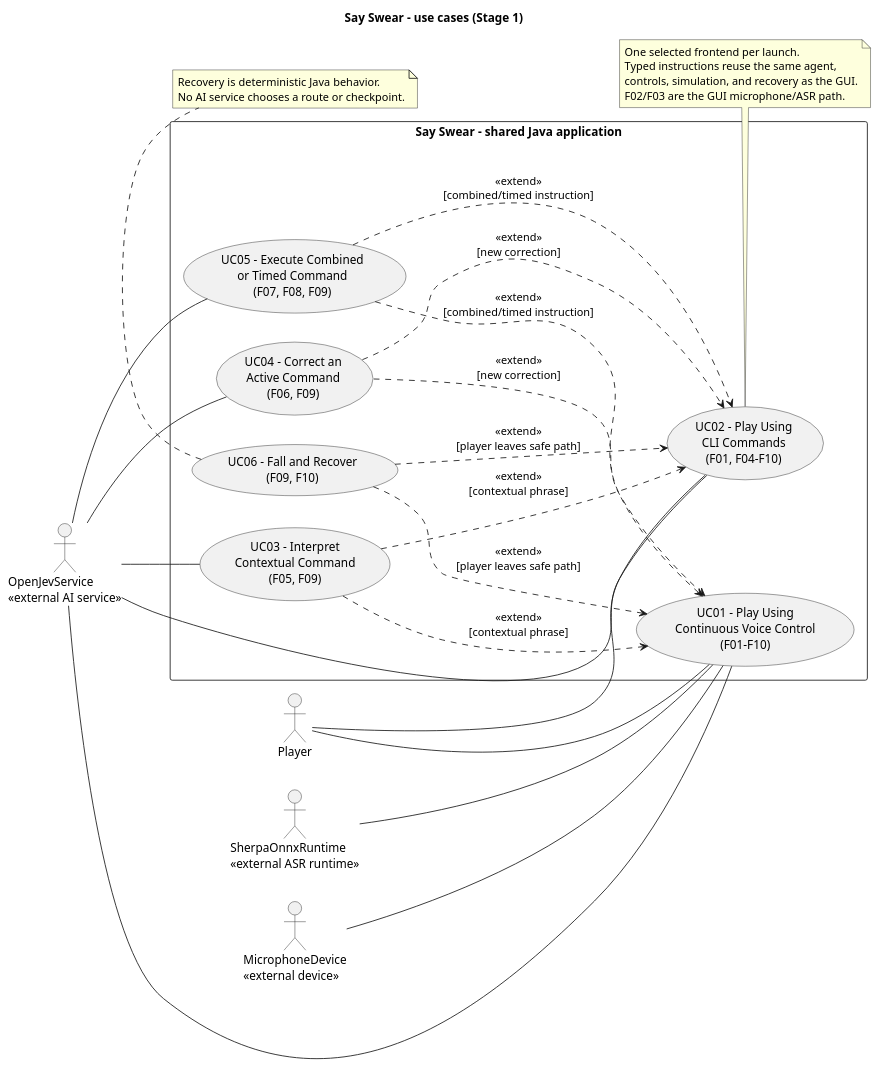
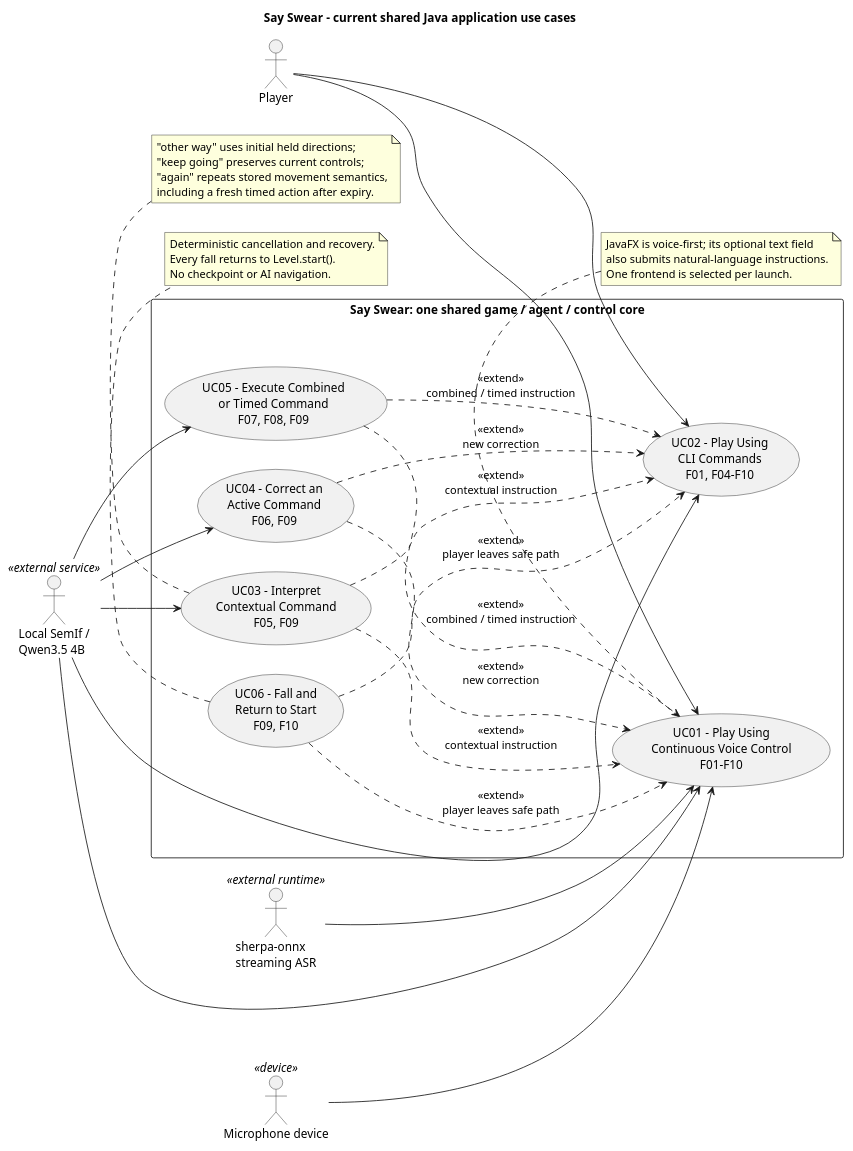
Before and after one commit to rizfol/say-swear: the diagram in docs/uml/use-case-diagram.puml, drawn with PlantUML. The commit also changed 27 other files, not shown here.

Commit message:
Update current UML diagrams and preserve Stage 1 originals

```diff
--- a/docs/uml/use-case-diagram.puml
+++ b/docs/uml/use-case-diagram.puml
@@ -1,50 +1,56 @@
 @startuml
-title Say Swear - use cases (Stage 1)
+title Say Swear - current shared Java application use cases
 left to right direction
+skinparam defaultFontName Arial
+skinparam shadowing false
 skinparam packageStyle rectangle
+actor Player
+actor "Microphone device" as Mic <<device>>
+actor "sherpa-onnx\nstreaming ASR" as ASR <<external runtime>>
+actor "Local SemIf /\nQwen3.5 4B" as Model <<external service>>
 
-actor "Player" as human
-actor "MicrophoneDevice\n<<external device>>" as mic
-actor "SherpaOnnxRuntime\n<<external ASR runtime>>" as asr
-actor "OpenJevService\n<<external AI service>>" as ai
-
-rectangle "Say Swear - shared Java application" {
-  usecase "UC01 - Play Using\nContinuous Voice Control\n(F01-F10)" as UC01
-  usecase "UC02 - Play Using\nCLI Commands\n(F01, F04-F10)" as UC02
-  usecase "UC03 - Interpret\nContextual Command\n(F05, F09)" as UC03
-  usecase "UC04 - Correct an\nActive Command\n(F06, F09)" as UC04
-  usecase "UC05 - Execute Combined\nor Timed Command\n(F07, F08, F09)" as UC05
-  usecase "UC06 - Fall and Recover\n(F09, F10)" as UC06
-
-  UC03 ..> UC01 : <<extend>>\n[contextual phrase]
-  UC03 ..> UC02 : <<extend>>\n[contextual phrase]
-  UC04 ..> UC01 : <<extend>>\n[new correction]
-  UC04 ..> UC02 : <<extend>>\n[new correction]
-  UC05 ..> UC01 : <<extend>>\n[combined/timed instruction]
-  UC05 ..> UC02 : <<extend>>\n[combined/timed instruction]
-  UC06 ..> UC01 : <<extend>>\n[player leaves safe path]
-  UC06 ..> UC02 : <<extend>>\n[player leaves safe path]
+rectangle "Say Swear: one shared game / agent / control core" {
+  usecase "UC01 - Play Using\nContinuous Voice Control\nF01-F10" as UC01
+  usecase "UC02 - Play Using\nCLI Commands\nF01, F04-F10" as UC02
+  usecase "UC03 - Interpret\nContextual Command\nF05, F09" as UC03
+  usecase "UC04 - Correct an\nActive Command\nF06, F09" as UC04
+  usecase "UC05 - Execute Combined\nor Timed Command\nF07, F08, F09" as UC05
+  usecase "UC06 - Fall and\nReturn to Start\nF09, F10" as UC06
 }
 
-human -- UC01
-human -- UC02
-mic -- UC01
-asr -- UC01
-ai -- UC01
-ai -- UC02
-ai -- UC03
-ai -- UC04
-ai -- UC05
+Player --> UC01
+Player --> UC02
+Mic --> UC01
+ASR --> UC01
+Model --> UC01
+Model --> UC02
+Model --> UC03
+Model --> UC04
+Model --> UC05
 
-note bottom of UC02
-  One selected frontend per launch.
-  Typed instructions reuse the same agent,
-  controls, simulation, and recovery as the GUI.
-  F02/F03 are the GUI microphone/ASR path.
+UC03 ..> UC01 : <<extend>>\ncontextual instruction
+UC03 ..> UC02 : <<extend>>\ncontextual instruction
+UC04 ..> UC01 : <<extend>>\nnew correction
+UC04 ..> UC02 : <<extend>>\nnew correction
+UC05 ..> UC01 : <<extend>>\ncombined / timed instruction
+UC05 ..> UC02 : <<extend>>\ncombined / timed instruction
+UC06 ..> UC01 : <<extend>>\nplayer leaves safe path
+UC06 ..> UC02 : <<extend>>\nplayer leaves safe path
+
+note bottom of UC03
+  "other way" uses initial held directions;
+  "keep going" preserves current controls;
+  "again" repeats stored movement semantics,
+  including a fresh timed action after expiry.
 end note
-
 note bottom of UC06
-  Recovery is deterministic Java behavior.
-  No AI service chooses a route or checkpoint.
+  Deterministic cancellation and recovery.
+  Every fall returns to Level.start().
+  No checkpoint or AI navigation.
+end note
+note top of UC01
+  JavaFX is voice-first; its optional text field
+  also submits natural-language instructions.
+  One frontend is selected per launch.
 end note
 @enduml
```
